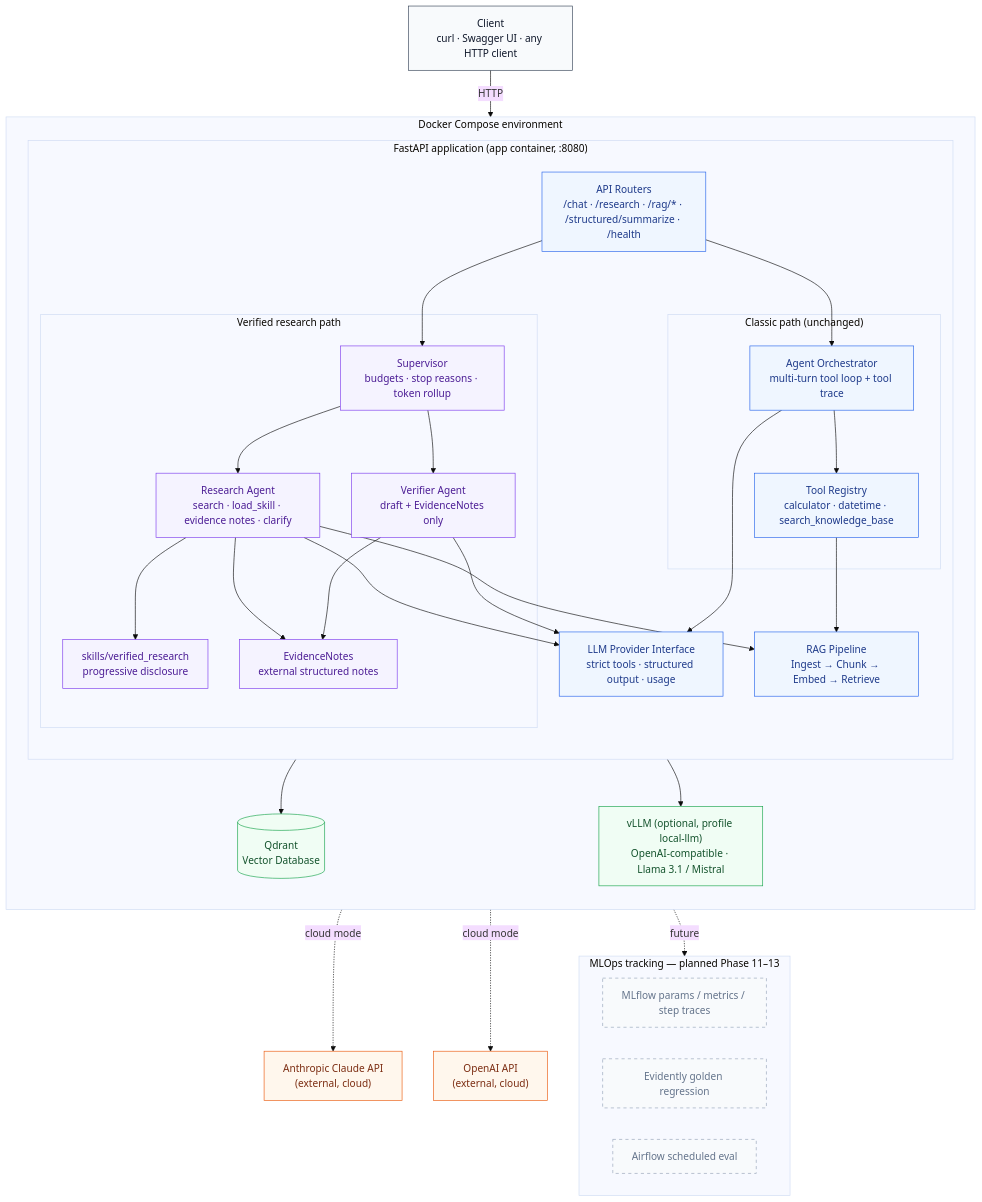
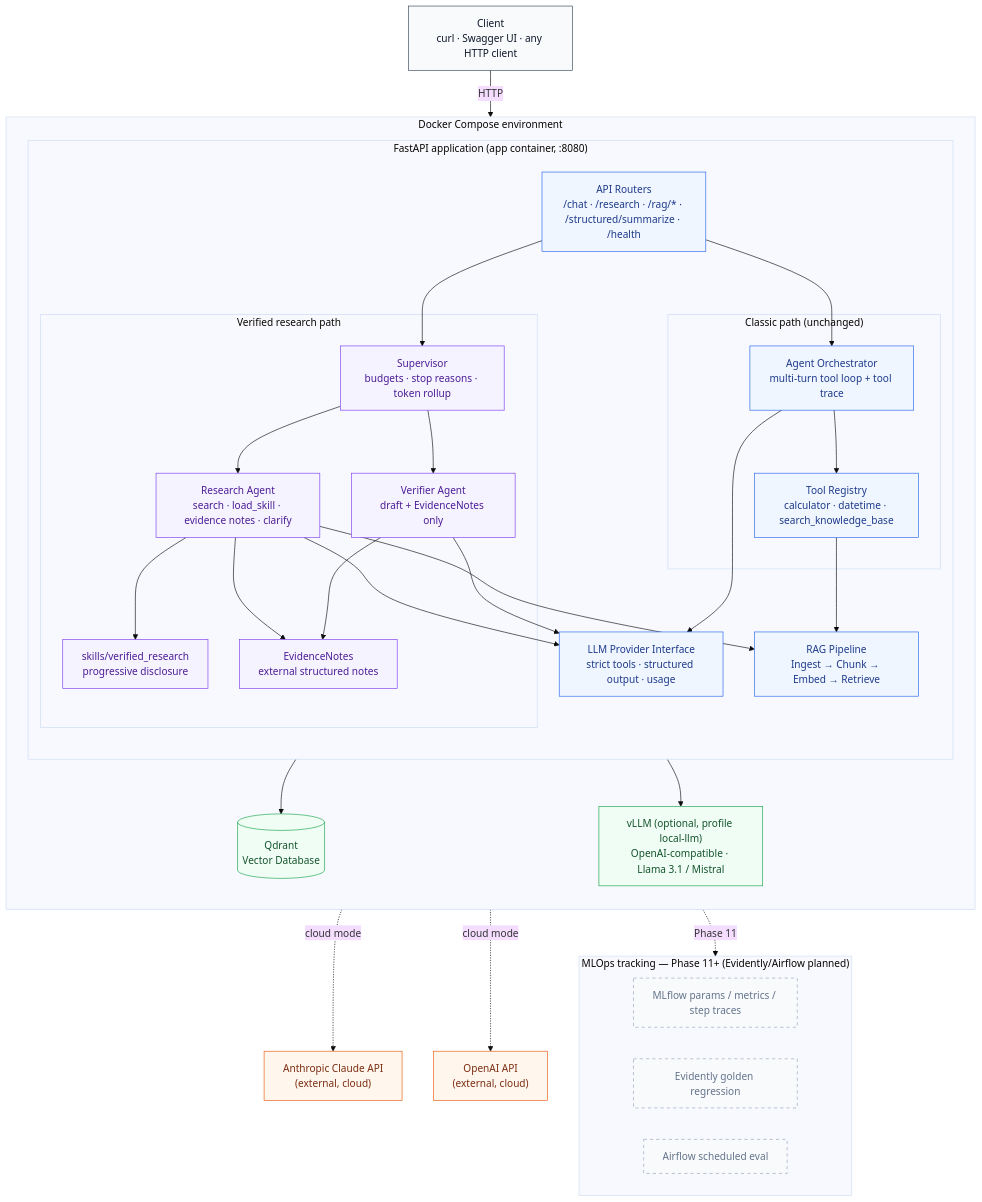
Before and after one commit to clerisy47/AI-Assistant: the diagram in README.md, drawn with Mermaid (base theme). The commit also changed other lines of this file and 28 other files, not shown here.

````diff
--- a/README.md
+++ b/README.md
@@ -27,78 +27,78 @@
 ```mermaid
 flowchart TB
     Client["Client<br/>curl · Swagger UI · any HTTP client"]
 
     subgraph Compose["Docker Compose environment"]
         direction TB
 
         subgraph FastAPIApp["FastAPI application (app container, :8080)"]
             direction TB
             Routers["API Routers<br/>/chat · /research · /rag/* · /structured/summarize · /health"]
 
             subgraph Classic["Classic path (unchanged)"]
                 Orchestrator["Agent Orchestrator<br/>multi-turn tool loop + tool trace"]
                 ChatTools["Tool Registry<br/>calculator · datetime · search_knowledge_base"]
             end
 
             subgraph ResearchPath["Verified research path"]
                 Supervisor["Supervisor<br/>budgets · stop reasons · token rollup"]
                 Research["Research Agent<br/>search · load_skill · evidence notes · clarify"]
                 Verifier["Verifier Agent<br/>draft + EvidenceNotes only"]
                 Skill["skills/verified_research<br/>progressive disclosure"]
                 Notes["EvidenceNotes<br/>external structured notes"]
             end
 
             LLMIface["LLM Provider Interface<br/>strict tools · structured output · usage"]
             RAG["RAG Pipeline<br/>Ingest → Chunk → Embed → Retrieve"]
 
             Routers --> Orchestrator
             Routers --> Supervisor
             Orchestrator --> ChatTools
             Orchestrator --> LLMIface
             ChatTools --> RAG
 
             Supervisor --> Research
             Supervisor --> Verifier
             Research --> Skill
             Research --> Notes
             Verifier --> Notes
             Research --> LLMIface
             Verifier --> LLMIface
             Research --> RAG
         end
 
         Qdrant[("Qdrant<br/>Vector Database")]
         VLLM["vLLM (optional, profile local-llm)<br/>OpenAI-compatible · Llama 3.1 / Mistral"]
 
         RAG --> Qdrant
         LLMIface --> VLLM
     end
 
     Anthropic["Anthropic Claude API<br/>(external, cloud)"]
     OpenAI["OpenAI API<br/>(external, cloud)"]
 
-    subgraph MLOpsStub["MLOps tracking — planned Phase 11–13"]
+    subgraph MLOpsStub["MLOps tracking — Phase 11+ (Evidently/Airflow planned)"]
         MLflowStub["MLflow params / metrics / step traces"]
         EvidentlyStub["Evidently golden regression"]
         AirflowStub["Airflow scheduled eval"]
     end
 
     Client -- HTTP --> Routers
     LLMIface -. cloud mode .-> Anthropic
     LLMIface -. cloud mode .-> OpenAI
-    Supervisor -. future .-> MLOpsStub
+    Supervisor -. Phase 11 .-> MLOpsStub
 
     classDef app fill:#eff6ff,stroke:#2563eb,color:#1e3a8a;
     classDef container fill:#f0fdf4,stroke:#16a34a,color:#14532d;
     classDef cloud fill:#fff7ed,stroke:#ea580c,color:#7c2d12;
     classDef client fill:#f8fafc,stroke:#334155,color:#0f172a;
     classDef research fill:#f5f3ff,stroke:#7c3aed,color:#4c1d95;
     classDef stub fill:#f8fafc,stroke:#94a3b8,color:#64748b,stroke-dasharray: 5 5;
 
     class Client client;
     class Routers,Orchestrator,ChatTools,LLMIface,RAG app;
     class Supervisor,Research,Verifier,Skill,Notes research;
     class Qdrant,VLLM container;
     class Anthropic,OpenAI cloud;
     class MLflowStub,EvidentlyStub,AirflowStub stub;
 ```
````
